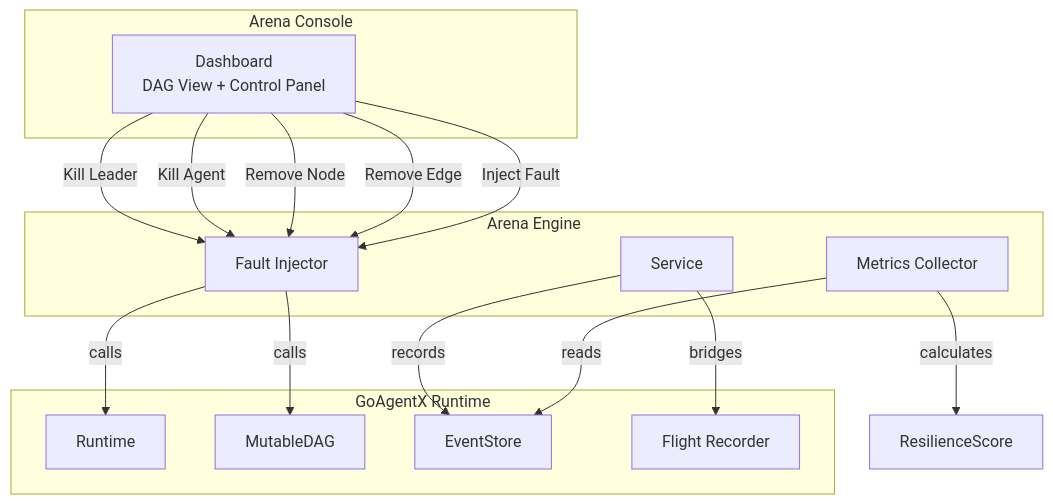
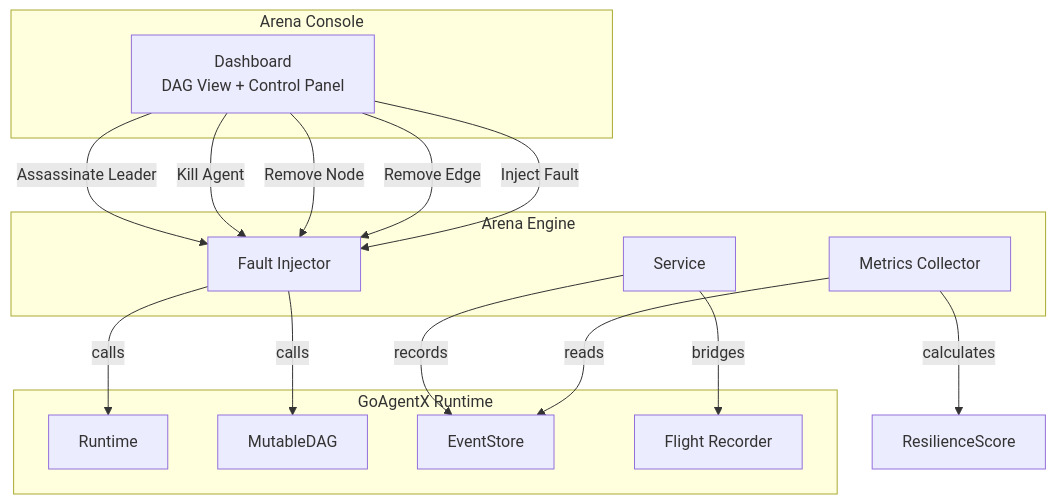
Before and after one commit to Timwood0x10/ARES: the first of 6 diagrams in docs/articles/en/arena-fault-injection-deep-dive.md, drawn with Mermaid. The commit also changed other lines of this file and 22 other files, not shown here.

````diff
--- a/docs/articles/en/arena-fault-injection-deep-dive.md
+++ b/docs/articles/en/arena-fault-injection-deep-dive.md
@@ -17,31 +19,31 @@
 ```mermaid
 graph TB
     subgraph "Arena Console"
         D[Dashboard\nDAG View + Control Panel]
     end
 
     subgraph "Arena Engine"
         I[Fault Injector]
         S[Service]
         M[Metrics Collector]
     end
 
     subgraph "GoAgentX Runtime"
         RT[Runtime]
         DAG[MutableDAG]
         ES[EventStore]
         FR[Flight Recorder]
     end
 
-    D -->|Kill Leader| I
+    D -->|Assassinate Leader| I
     D -->|Kill Agent| I
     D -->|Remove Node| I
     D -->|Remove Edge| I
     D -->|Inject Fault| I
     I -->|calls| RT
     I -->|calls| DAG
     S -->|records| ES
     S -->|bridges| FR
     M -->|reads| ES
     M -->|calculates| SC[ResilienceScore]
 ```
````
